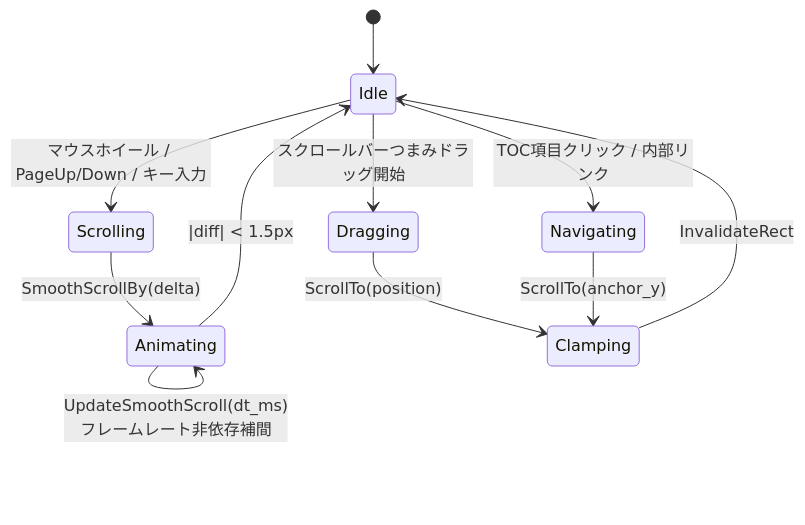
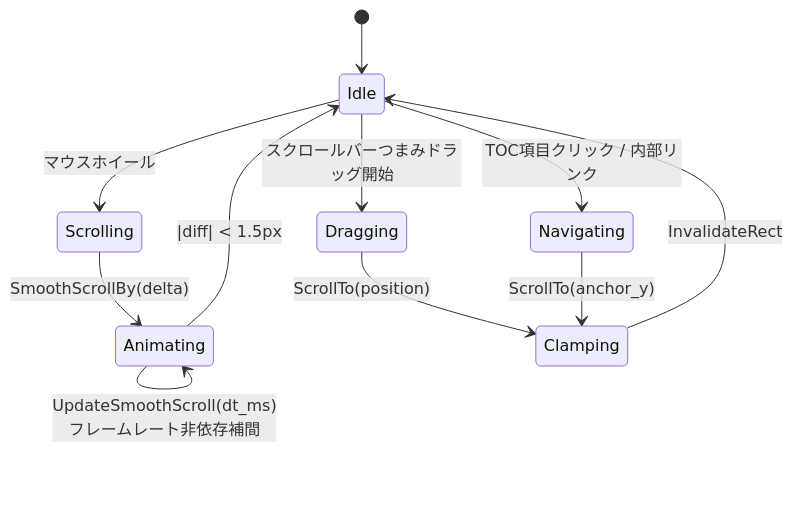
Diagram 12 of 28 in example/test.md (tanaton/mendo), drawn with Mermaid before and after one commit. The commit also changed other lines of this file, not shown here.

Commit message:
検索機能と国際化の実装、Mermaidファイルキャッシュの追加

````diff
--- a/example/test.md
+++ b/example/test.md
@@ -1063,16 +1116,16 @@
 ```mermaid
 stateDiagram-v2
     [*] --> Idle
 
-    Idle --> Scrolling : マウスホイール / PageUp/Down / キー入力
+    Idle --> Scrolling : マウスホイール
     Idle --> Dragging : スクロールバーつまみドラッグ開始
     Idle --> Navigating : TOC項目クリック / 内部リンク
 
     Scrolling --> Animating : SmoothScrollBy(delta)
     Animating --> Animating : UpdateSmoothScroll(dt_ms)<br>フレームレート非依存補間
     Animating --> Idle : |diff| < 1.5px
 
     Dragging --> Clamping : ScrollTo(position)
     Navigating --> Clamping : ScrollTo(anchor_y)
     Clamping --> Idle : InvalidateRect
 ```
````
